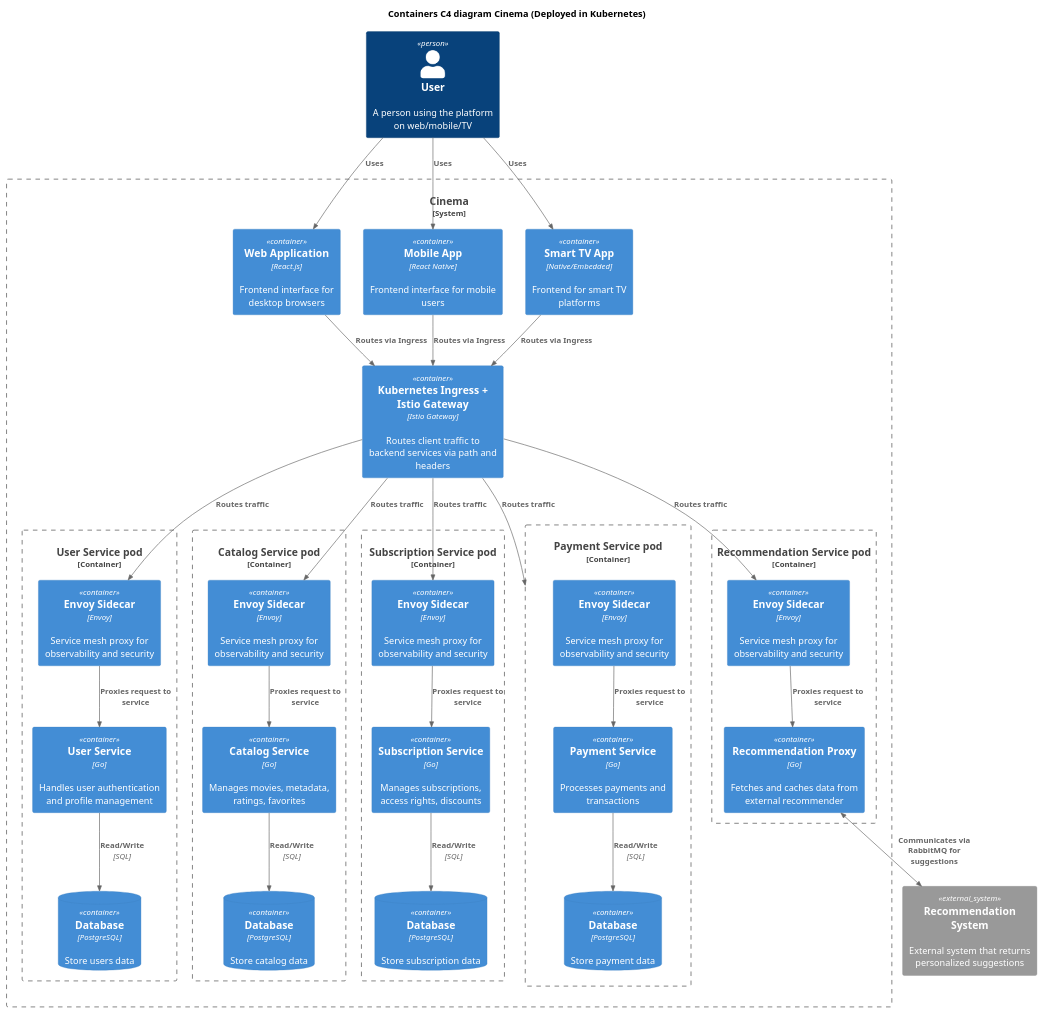
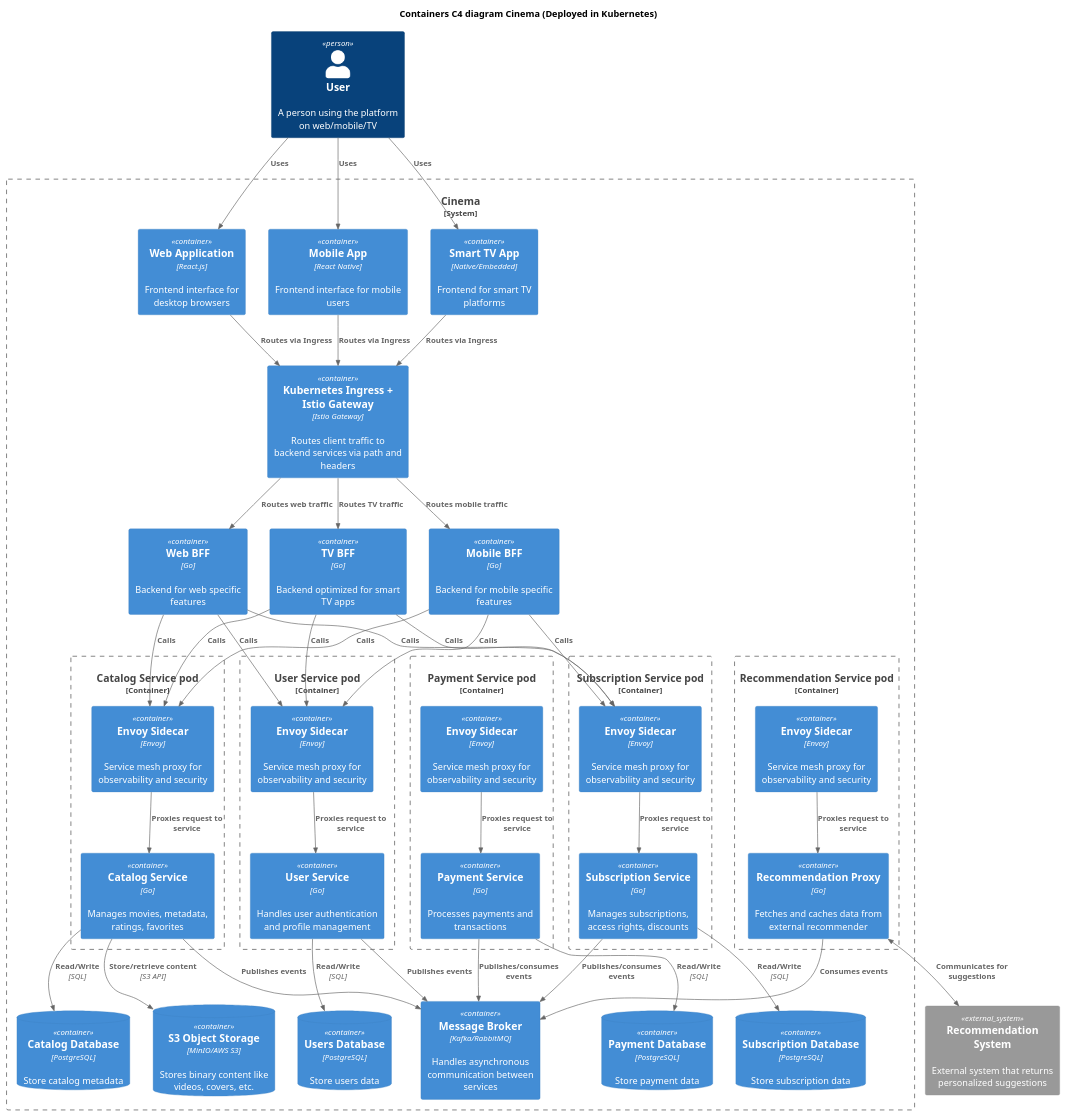
The diagram in diagrams/container/cinema-container-diagram.puml (AkurusDeveloper/architecture-cinemaabyss), drawn with PlantUML before and after one commit.

Commit message:
4. Задание

```diff
--- a/diagrams/container/cinema-container-diagram.puml
+++ b/diagrams/container/cinema-container-diagram.puml
@@ -1,69 +1,105 @@
 @startuml containers
 !include https://raw.githubusercontent.com/plantuml-stdlib/C4-PlantUML/master/C4_Context.puml
 !include https://raw.githubusercontent.com/plantuml-stdlib/C4-PlantUML/master/C4_Container.puml
 
 title "Containers C4 diagram Cinema (Deployed in Kubernetes)"
 
 Person(user, "User", "A person using the platform on web/mobile/TV")
 System_Ext(recommendationExtSystem, "Recommendation System", "External system that returns personalized suggestions")
 System_Boundary(system, "Cinema") {
 Container(webApp, "Web Application", "React.js", "Frontend interface for desktop browsers")
 Container(mobileApp, "Mobile App", "React Native", "Frontend interface for mobile users")
 Container(tvApp, "Smart TV App", "Native/Embedded", "Frontend for smart TV platforms")
 
 Container(k8sIngress, "Kubernetes Ingress + Istio Gateway", "Istio Gateway", "Routes client traffic to backend services via path and headers")
+
+' BFF для разных клиентов
+Container(webBFF, "Web BFF", "Go", "Backend for web specific features")
+Container(mobileBFF, "Mobile BFF", "Go", "Backend for mobile specific features")
+Container(tvBFF, "TV BFF", "Go", "Backend optimized for smart TV apps")
+
+' S3 для бинарного контента
+ContainerDb(s3Storage, "S3 Object Storage", "MinIO/AWS S3", "Stores binary content like videos, covers, etc.")
+
+' Брокер сообщений
+Container(messageBroker, "Message Broker", "Kafka/RabbitMQ", "Handles asynchronous communication between services")
+
 Container_Boundary(users, "User Service pod") {
     Container(envoyUser, "Envoy Sidecar", "Envoy", "Service mesh proxy for observability and security")
     Container(userService, "User Service", "Go", "Handles user authentication and profile management")
-    ContainerDb(usersDB, "Database", "PostgreSQL", "Store users data")
-    Rel(userService, usersDB, "Read/Write", "SQL")
     Rel(envoyUser, userService, "Proxies request to service")
 }
+' Вынесенная база данных пользователей
+ContainerDb(usersDB, "Users Database", "PostgreSQL", "Store users data")
+Rel(userService, usersDB, "Read/Write", "SQL")
 
 Container_Boundary(catalog, "Catalog Service pod") {
     Container(envoyCatalog, "Envoy Sidecar", "Envoy", "Service mesh proxy for observability and security")
     Container(catalogService, "Catalog Service", "Go", "Manages movies, metadata, ratings, favorites")
-    ContainerDb(catalogDB, "Database", "PostgreSQL", "Store catalog data")
-    Rel(catalogService, catalogDB, "Read/Write", "SQL")
     Rel(envoyCatalog, catalogService, "Proxies request to service")
 }
+' Вынесенная база данных каталога
+ContainerDb(catalogDB, "Catalog Database", "PostgreSQL", "Store catalog metadata")
+Rel(catalogService, catalogDB, "Read/Write", "SQL")
+Rel(catalogService, s3Storage, "Store/retrieve content", "S3 API")
 
 Container_Boundary(subscription, "Subscription Service pod") {
     Container(subscriptionEnvoy, "Envoy Sidecar", "Envoy", "Service mesh proxy for observability and security")
     Container(subscriptionService, "Subscription Service", "Go", "Manages subscriptions, access rights, discounts")
-    ContainerDb(subscriptionDB, "Database", "PostgreSQL", "Store subscription data")
-    Rel(subscriptionService, subscriptionDB, "Read/Write", "SQL")
     Rel(subscriptionEnvoy, subscriptionService, "Proxies request to service")
 }
+' Вынесенная база данных подписок
+ContainerDb(subscriptionDB, "Subscription Database", "PostgreSQL", "Store subscription data")
+Rel(subscriptionService, subscriptionDB, "Read/Write", "SQL")
 
 Container_Boundary(payment, "Payment Service pod") {
     Container(paymentEnvoy, "Envoy Sidecar", "Envoy", "Service mesh proxy for observability and security")
     Container(paymentService, "Payment Service", "Go", "Processes payments and transactions")
-    ContainerDb(paymentDB, "Database", "PostgreSQL", "Store payment data")
-    Rel(paymentService, paymentDB, "Read/Write", "SQL")
     Rel(paymentEnvoy, paymentService, "Proxies request to service")
 }
+' Вынесенная база данных платежей
+ContainerDb(paymentDB, "Payment Database", "PostgreSQL", "Store payment data")
+Rel(paymentService, paymentDB, "Read/Write", "SQL")
 
 Container_Boundary(recommendation, "Recommendation Service pod") {
     Container(recommendationEnvoy, "Envoy Sidecar", "Envoy", "Service mesh proxy for observability and security")
     Container(recommendationProxy, "Recommendation Proxy", "Go", "Fetches and caches data from external recommender")
     Rel(recommendationEnvoy, recommendationProxy, "Proxies request to service")
-    BiRel(recommendationProxy, recommendationExtSystem, "Communicates via RabbitMQ for suggestions")
+    BiRel(recommendationProxy, recommendationExtSystem, "Communicates for suggestions")
 }
 
+' Связи клиентов
 Rel(user, webApp, "Uses")
 Rel(user, mobileApp, "Uses")
 Rel(user, tvApp, "Uses")
 
+' Связи клиентов с BFF
 Rel(webApp, k8sIngress, "Routes via Ingress")
 Rel(mobileApp, k8sIngress, "Routes via Ingress")
 Rel(tvApp, k8sIngress, "Routes via Ingress")
 
-Rel(k8sIngress, envoyUser, "Routes traffic")
-Rel(k8sIngress, envoyCatalog, "Routes traffic")
-Rel(k8sIngress, subscriptionEnvoy, "Routes traffic")
-Rel(k8sIngress, payment, "Routes traffic")
-Rel(k8sIngress, recommendationEnvoy, "Routes traffic")
+' Связи Ingress с BFF
+Rel(k8sIngress, webBFF, "Routes web traffic")
+Rel(k8sIngress, mobileBFF, "Routes mobile traffic")
+Rel(k8sIngress, tvBFF, "Routes TV traffic")
+
+' Связи BFF с сервисами
+Rel(webBFF, envoyUser, "Calls")
+Rel(webBFF, envoyCatalog, "Calls")
+Rel(webBFF, subscriptionEnvoy, "Calls")
+Rel(mobileBFF, envoyUser, "Calls")
+Rel(mobileBFF, envoyCatalog, "Calls")
+Rel(mobileBFF, subscriptionEnvoy, "Calls")
+Rel(tvBFF, envoyUser, "Calls")
+Rel(tvBFF, envoyCatalog, "Calls")
+Rel(tvBFF, subscriptionEnvoy, "Calls")
+
+' Связи с брокером сообщений
+Rel(userService, messageBroker, "Publishes events")
+Rel(catalogService, messageBroker, "Publishes events")
+Rel(subscriptionService, messageBroker, "Publishes/consumes events")
+Rel(paymentService, messageBroker, "Publishes/consumes events")
+Rel(recommendationProxy, messageBroker, "Consumes events")
 }
 
 @enduml
```
